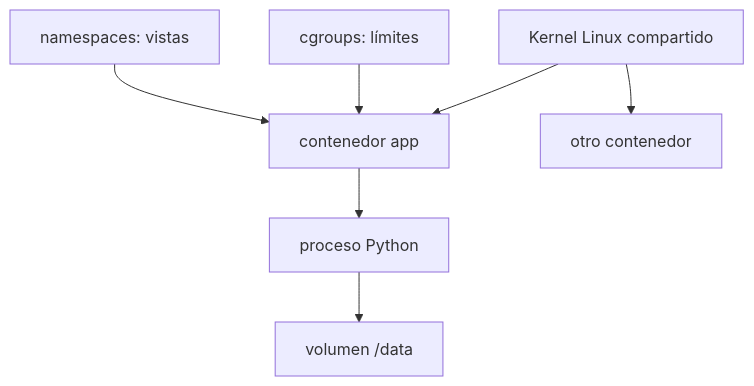
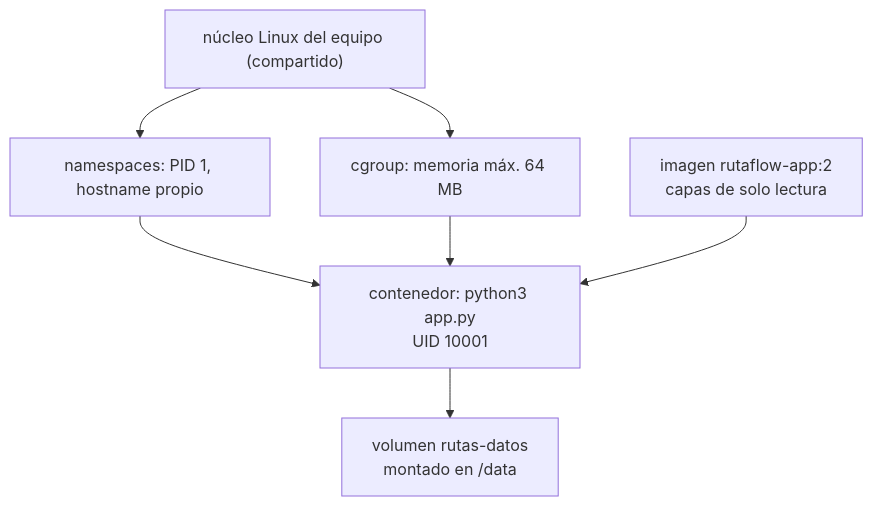
Before and after one commit to NICORUIZ93/The_Imperial_Book: the fourth of 5 diagrams in web/public/content/foundations/modulo-8.md, drawn with Mermaid. The commit also changed other lines of this file, not shown here.

````diff
--- a/web/public/content/foundations/modulo-8.md
+++ b/web/public/content/foundations/modulo-8.md
@@ -250,8 +1298,10 @@
 ```mermaid
 flowchart TB
-    KERNEL2["Kernel Linux compartido"] --> C1["contenedor app"]
-    KERNEL2 --> C2["otro contenedor"]
-    C1 --> PY["proceso Python"] --> VOL["volumen /data"]
-    LIMITS["cgroups: límites"] --> C1
-    NS["namespaces: vistas"] --> C1
+    KERNEL["núcleo Linux del equipo (compartido)"]
+    KERNEL --> NS["namespaces: PID 1, hostname propio"]
+    KERNEL --> CG["cgroup: memoria máx. 64 MB"]
+    NS --> C1["contenedor: python3 app.py<br/>UID 10001"]
+    CG --> C1
+    IMG["imagen rutaflow-app:2<br/>capas de solo lectura"] --> C1
+    C1 --> VOL["volumen rutas-datos<br/>montado en /data"]
 ```
````
